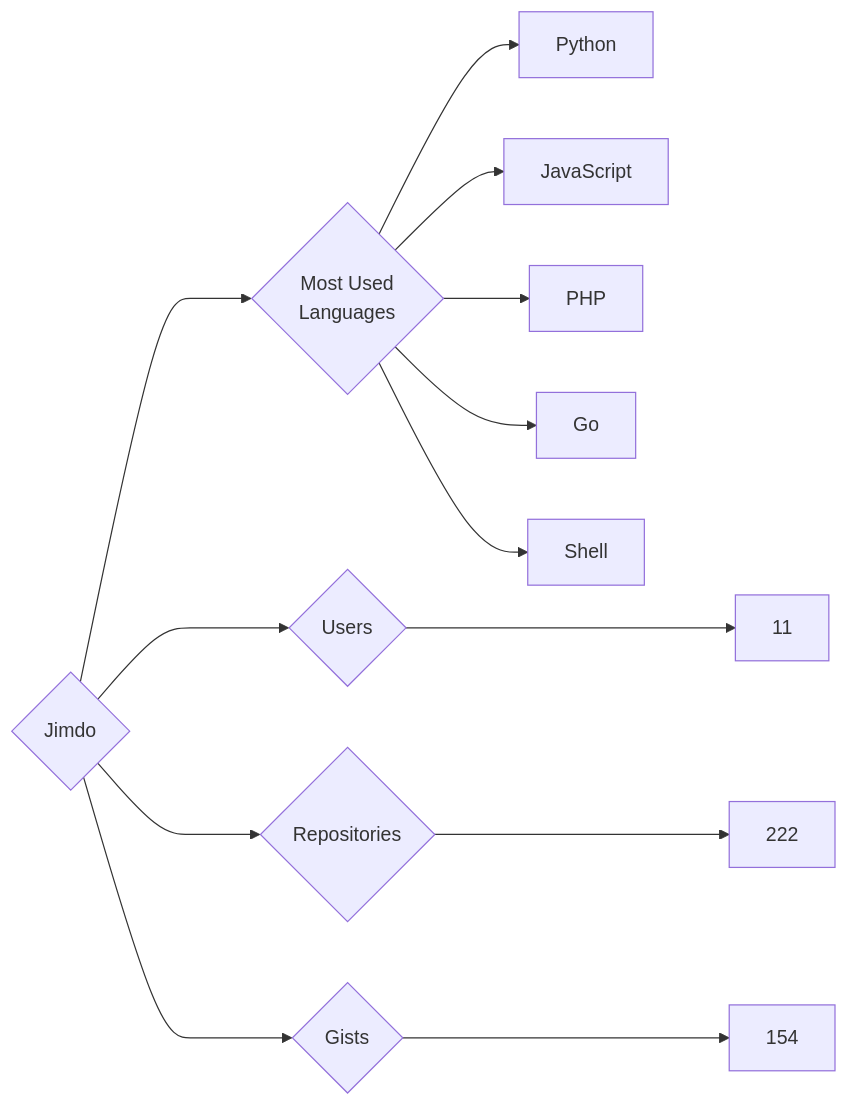
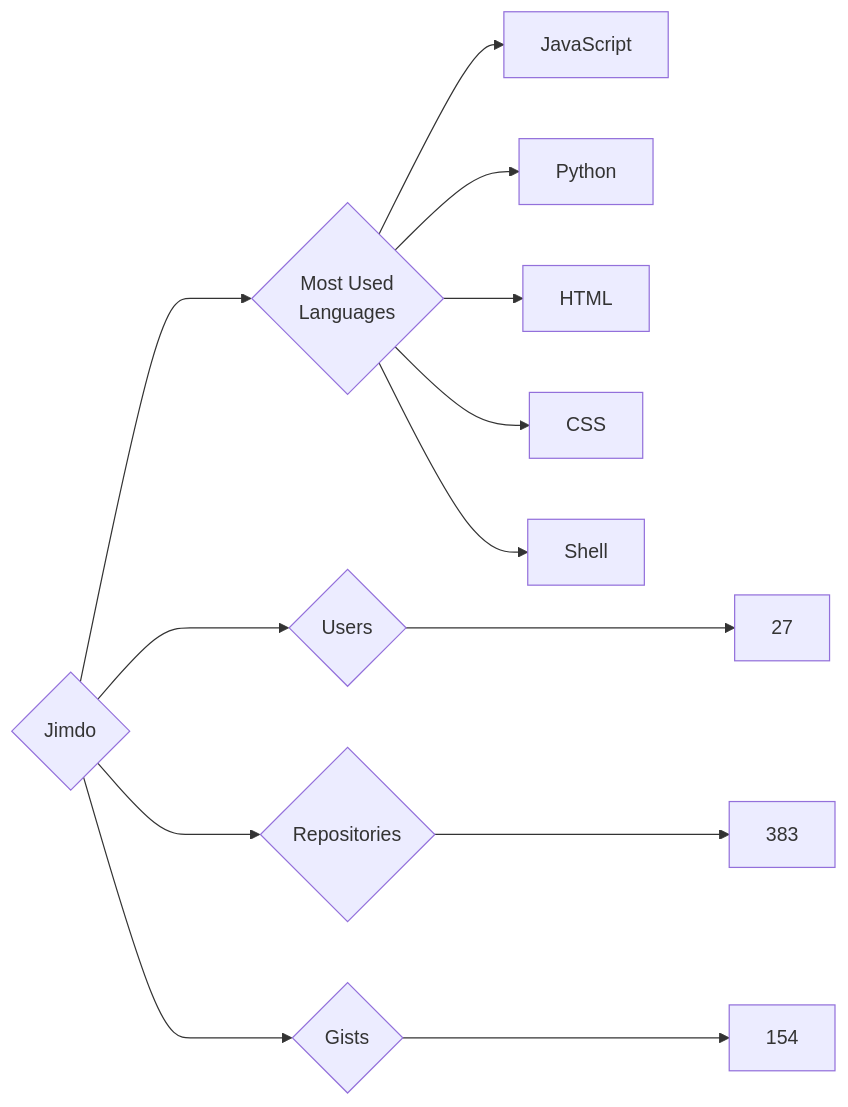
Before and after one commit to trickest/insiders: the diagram in targets/Jimdo/README.md, drawn with Mermaid. The commit also changed 736 other files, not shown here.

````diff
--- a/targets/Jimdo/README.md
+++ b/targets/Jimdo/README.md
@@ -3,13 +3,13 @@
 ```mermaid
 graph LR
 COMPANY_NAME{Jimdo}
-COMPANY_NAME ---> U{Users} ---> UN[11]
-COMPANY_NAME ---> R{Repositories} ---> RN[222]
+COMPANY_NAME ---> U{Users} ---> UN[27]
+COMPANY_NAME ---> R{Repositories} ---> RN[383]
 COMPANY_NAME ---> G{Gists} ---> GN[154]
 COMPANY_NAME ---> ML{Most Used<br>Languages}
+ML --> JavaScript[JavaScript]
 ML --> Python[Python]
-ML --> JavaScript[JavaScript]
-ML --> PHP[PHP]
-ML --> Go[Go]
+ML --> HTML[HTML]
+ML --> CSS[CSS]
 ML --> Shell[Shell]
 ```
````
